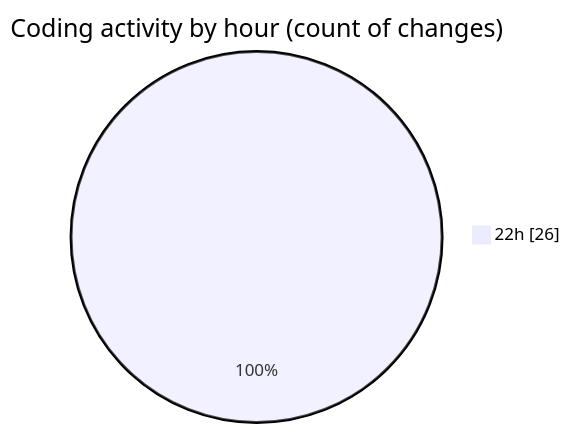
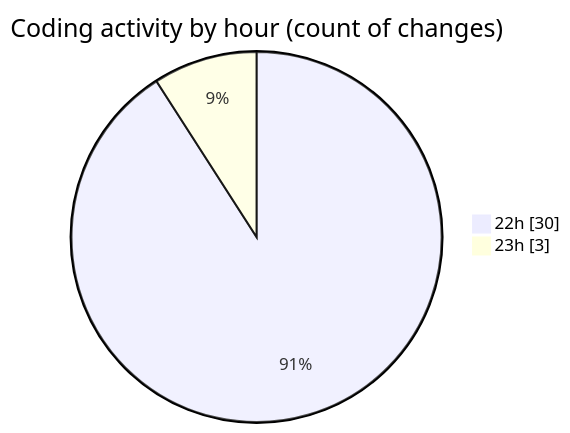
The second of 2 diagrams in 2025-03-26/myws__workspace_/README.md (MatusMokan/code-tracking), drawn with Mermaid before and after one commit. The commit also changed other lines of this file and 1 other file, not shown here.

````diff
--- a/2025-03-26/myws__workspace_/README.md
+++ b/2025-03-26/myws__workspace_/README.md
@@ -28,5 +28,6 @@
 ```mermaid
 pie showData
 title Coding activity by hour (count of changes)
-"22h" : 26
+"22h" : 30
+"23h" : 3
 ```
````
